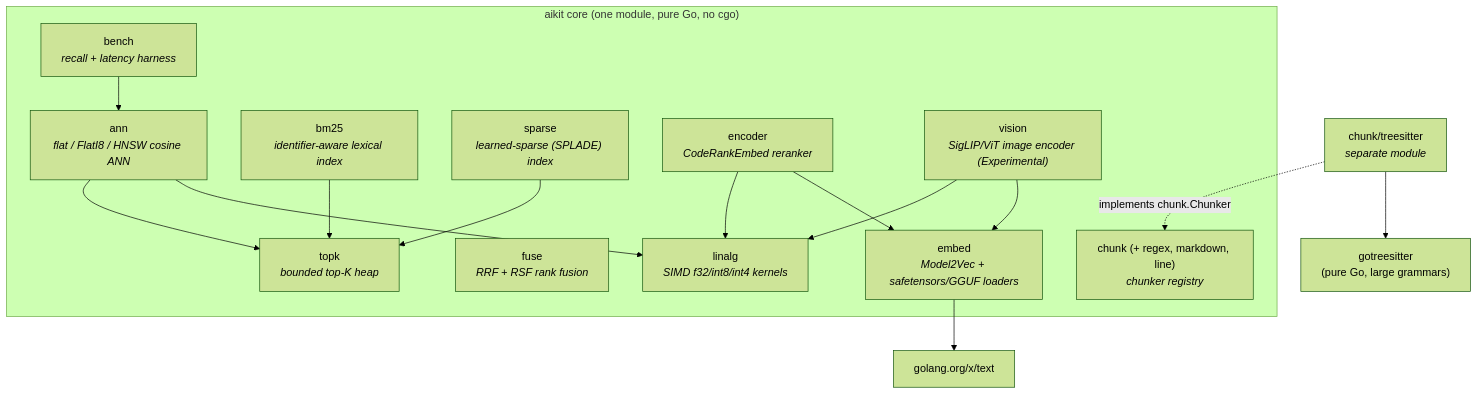
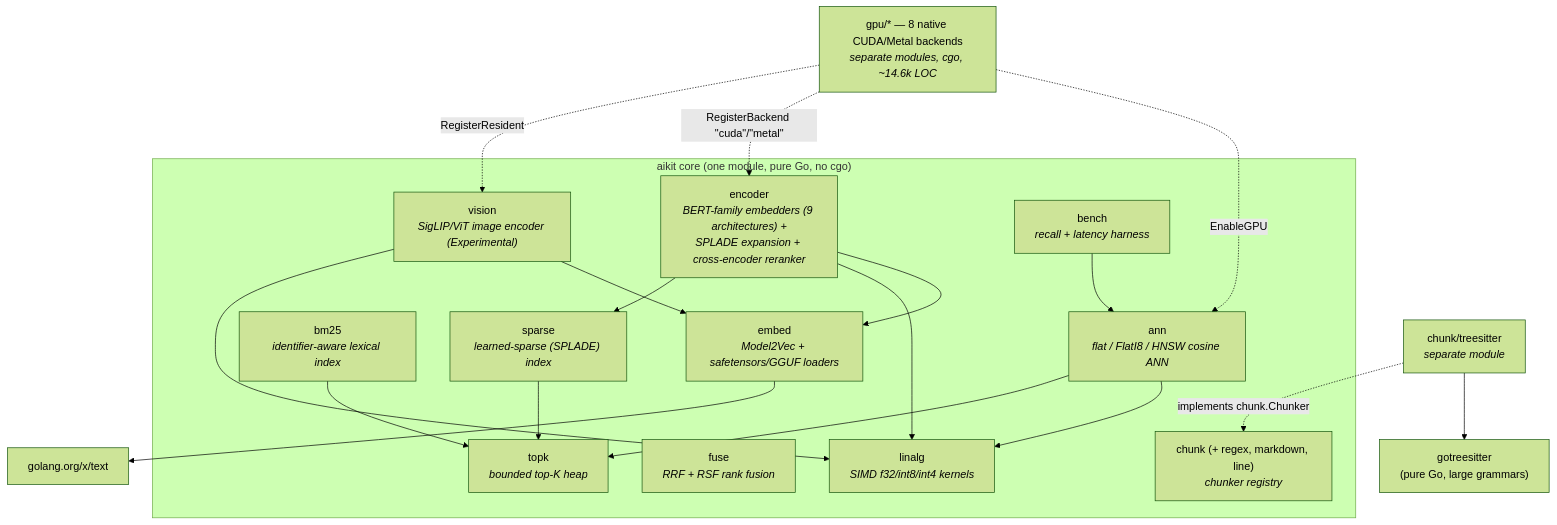
The first of 3 diagrams in docs/architecture.md (masacento/aikit), drawn with Mermaid (forest theme) before and after one commit. The commit also changed other lines of this file and 21 other files, not shown here.

````diff
--- a/docs/architecture.md
+++ b/docs/architecture.md
@@ -49,28 +49,33 @@
 ```mermaid
 graph TD
     subgraph core ["aikit core (one module, pure Go, no cgo)"]
         topk["topk<br/><i>bounded top-K heap</i>"]
         ann["ann<br/><i>flat / FlatI8 / HNSW cosine ANN</i>"]
         bm25["bm25<br/><i>identifier-aware lexical index</i>"]
         sparse["sparse<br/><i>learned-sparse (SPLADE) index</i>"]
         fuse["fuse<br/><i>RRF + RSF rank fusion</i>"]
         chunk["chunk (+ regex, markdown, line)<br/><i>chunker registry</i>"]
         linalg["linalg<br/><i>SIMD f32/int8/int4 kernels</i>"]
         embed["embed<br/><i>Model2Vec + safetensors/GGUF loaders</i>"]
-        encoder["encoder<br/><i>CodeRankEmbed reranker</i>"]
+        encoder["encoder<br/><i>BERT-family embedders (9 architectures) +<br/>SPLADE expansion + cross-encoder reranker</i>"]
         vision["vision<br/><i>SigLIP/ViT image encoder (Experimental)</i>"]
         bench["bench<br/><i>recall + latency harness</i>"]
         encoder --> embed
         encoder --> linalg
+        encoder --> sparse
         vision --> embed
         vision --> linalg
         ann --> linalg
         ann --> topk
         bm25 --> topk
         sparse --> topk
         bench --> ann
     end
     ts["chunk/treesitter<br/><i>separate module</i>"] -.->|implements chunk.Chunker| chunk
+    gpu["gpu/* — 8 native CUDA/Metal backends<br/><i>separate modules, cgo, ~14.6k LOC</i>"]
+    gpu -.->|EnableGPU| ann
+    gpu -.->|RegisterBackend #quot;cuda#quot;/#quot;metal#quot;| encoder
+    gpu -.->|RegisterResident| vision
     ts --> gts["gotreesitter<br/>(pure Go, large grammars)"]
     embed --> xtext["golang.org/x/text"]
 ```
````
